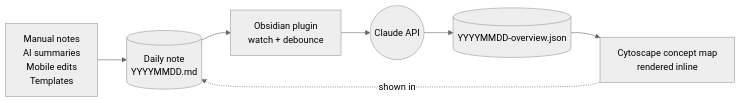
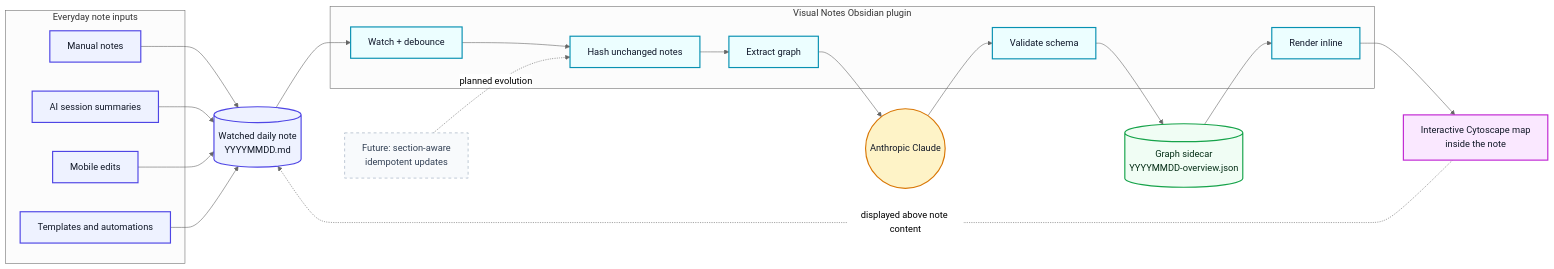
The diagram in README.md (bobthearsonist/visual-notes), drawn with Mermaid (neutral theme) before and after one commit. The commit also changed other lines of this file and 1 other file, not shown here.

Commit message:
docs: polish README visuals
Replace the plain README flow with a styled architecture diagram and add an Obsidian note preview SVG showing a Visual Notes concept map card with graph nodes, legend, and usage footer.

````diff
--- a/README.md
+++ b/README.md
@@ -27,9 +27,47 @@
 ```mermaid
 flowchart LR
-    Sources["Manual notes<br/>AI summaries<br/>Mobile edits<br/>Templates"] --> Note[("Daily note<br/>YYYYMMDD.md")]
-    Note --> Plugin["Obsidian plugin<br/>watch + debounce"]
-    Plugin --> Claude(("Claude API"))
-    Claude --> Sidecar[("YYYYMMDD-overview.json")]
-    Sidecar --> Graph["Cytoscape concept map<br/>rendered inline"]
-    Graph -. shown in .-> Note
+    classDef input fill:#eef2ff,stroke:#4f46e5,stroke-width:2px,color:#111827
+    classDef plugin fill:#ecfeff,stroke:#0891b2,stroke-width:2px,color:#0f172a
+    classDef ai fill:#fef3c7,stroke:#d97706,stroke-width:2px,color:#111827
+    classDef data fill:#f0fdf4,stroke:#16a34a,stroke-width:2px,color:#052e16
+    classDef render fill:#fae8ff,stroke:#c026d3,stroke-width:2px,color:#111827
+    classDef future fill:#f8fafc,stroke:#94a3b8,stroke-width:1px,stroke-dasharray: 5 5,color:#334155
+
+    subgraph Sources["Everyday note inputs"]
+        Manual["Manual notes"]
+        Sessions["AI session summaries"]
+        Mobile["Mobile edits"]
+        Templates["Templates and automations"]
+    end
+
+    Note[("Watched daily note<br/>YYYYMMDD.md")]
+
+    subgraph Plugin["Visual Notes Obsidian plugin"]
+        Watch["Watch + debounce"]
+        Hash["Hash unchanged notes"]
+        Extract["Extract graph"]
+        Validate["Validate schema"]
+        Render["Render inline"]
+    end
+
+    Claude(("Anthropic Claude"))
+    Sidecar[("Graph sidecar<br/>YYYYMMDD-overview.json")]
+    Pane["Interactive Cytoscape map<br/>inside the note"]
+    Future["Future: section-aware<br/>idempotent updates"]
+
+    Manual --> Note
+    Sessions --> Note
+    Mobile --> Note
+    Templates --> Note
+    Note --> Watch --> Hash --> Extract --> Claude
+    Claude --> Validate --> Sidecar --> Render --> Pane
+    Pane -. displayed above note content .-> Note
+    Future -. planned evolution .-> Hash
+
+    class Manual,Sessions,Mobile,Templates,Note input
+    class Watch,Hash,Extract,Validate,Render plugin
+    class Claude ai
+    class Sidecar data
+    class Pane render
+    class Future future
 ```
````
